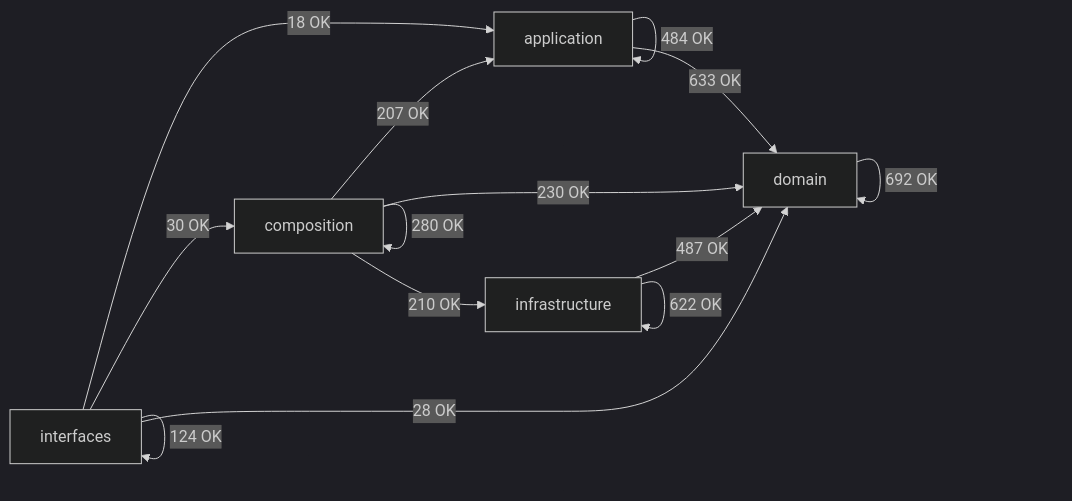
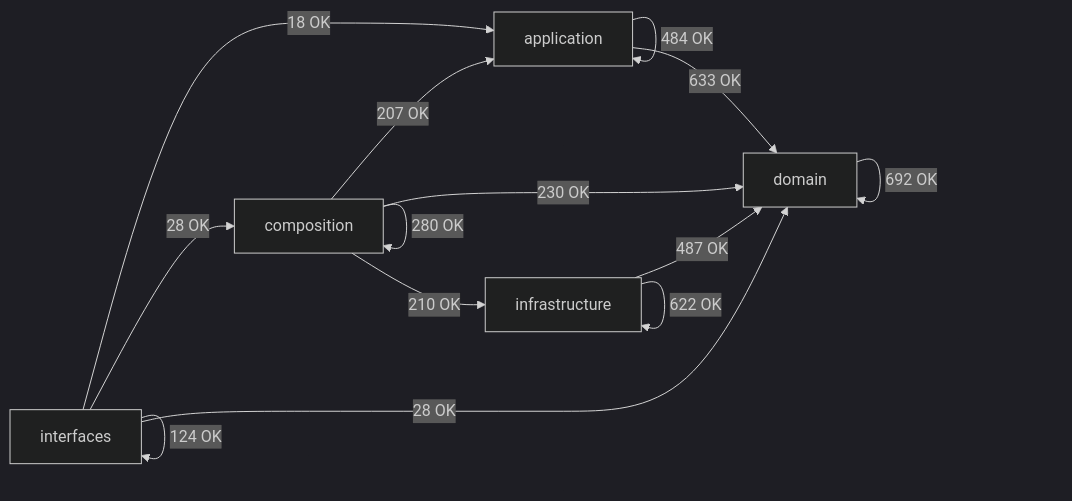
Before and after one commit to SatoryKono/BioactivityDataAcquisition: the diagram in docs/02-architecture/generated/module-dependency-map.md, drawn with Mermaid (dark theme). The commit also changed other lines of this file and 11 other files, not shown here.

````diff
--- a/docs/02-architecture/generated/module-dependency-map.md
+++ b/docs/02-architecture/generated/module-dependency-map.md
@@ -16,21 +16,21 @@
 ```mermaid
 flowchart LR
     domain[domain]
     application[application]
     infrastructure[infrastructure]
     composition[composition]
     interfaces[interfaces]
     application -->|484 OK| application
     application -->|633 OK| domain
     composition -->|207 OK| application
     composition -->|280 OK| composition
     composition -->|230 OK| domain
     composition -->|210 OK| infrastructure
     domain -->|692 OK| domain
     infrastructure -->|487 OK| domain
     infrastructure -->|622 OK| infrastructure
     interfaces -->|18 OK| application
-    interfaces -->|30 OK| composition
+    interfaces -->|28 OK| composition
     interfaces -->|28 OK| domain
     interfaces -->|124 OK| interfaces
 ```
````
